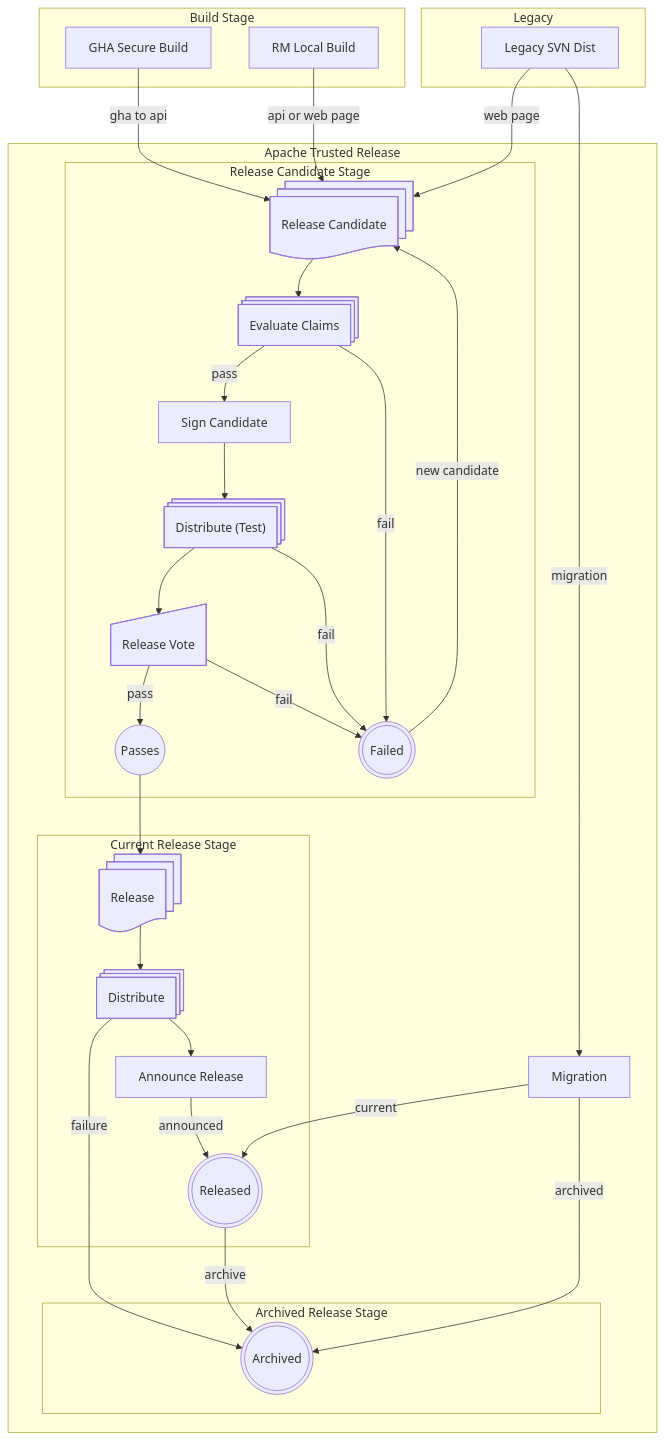
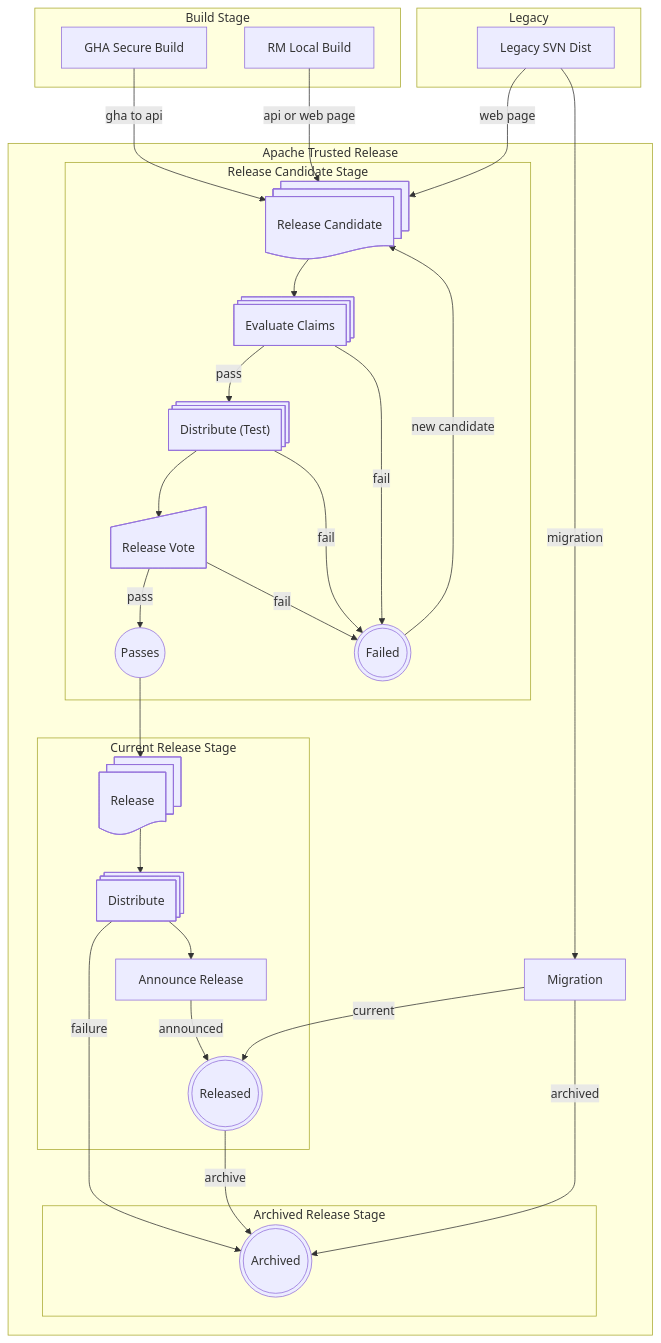
The diagram in apache-trusted-release/lifecycle.md (jbampton/tooling-docs), drawn with Mermaid before and after one commit. The commit also changed other lines of this file, not shown here.

````diff
--- a/apache-trusted-release/lifecycle.md
+++ b/apache-trusted-release/lifecycle.md
@@ -11,52 +11,50 @@
 ```mermaid
 flowchart TD
     subgraph Build Stage
     A[GHA Secure Build]
     BB[RM Local Build]
     end
     subgraph Legacy
     B[Legacy SVN Dist]
     end
     subgraph Apache Trusted Release
     C@{ shape: docs, label: "Release Candidate" }
     A -->|gha to api| C
     BB -->|api or web page| C
     B -->|web page| C
     subgraph Release Candidate Stage
     D@{ shape: processes, label: "Evaluate Claims" }
     C --> D
-    DD@{ shape: process, label: "Sign Candidate" }
-    D -->|pass| DD
     GG@{ shape: processes, label: "Distribute (Test)" }
     E@{ shape: sl-rect, label: "Release Vote" }
     JJJ@{ shape: circ, label: "Passes" }
     F@{ shape: dbl-circ, label: "Failed" }
     E -->|pass| JJJ
     E -->|fail| F
     GG -->|fail| F
     D -->|fail| F
     F -->|new candidate| C
-    DD --> GG
+    D -->|pass| GG
     GG --> E
     end
     II[Migration]
     subgraph Current Release Stage
     JJ@{ shape: docs, label: "Release" }
     JJJ --> JJ
     G@{ shape: processes, label: "Distribute" }
     G --> I
     I[Announce Release]
     JJ --> G
     J@{ shape: dbl-circ, label: "Released" }
     I -->|announced| J
     end
     B -->|migration| II
     II -->|current| J
     subgraph Archived Release Stage
     K@{ shape: dbl-circ, label: "Archived" }
     end
     G -->|failure| K
     J -->|archive| K
     II -->|archived| K
     end
 ```
````
